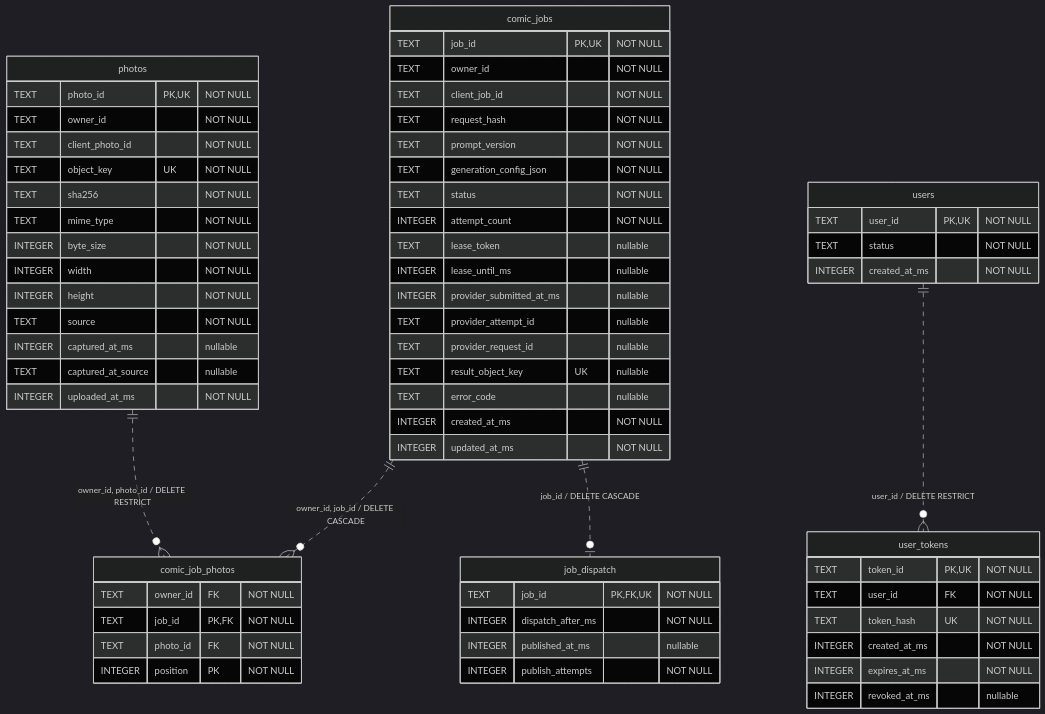
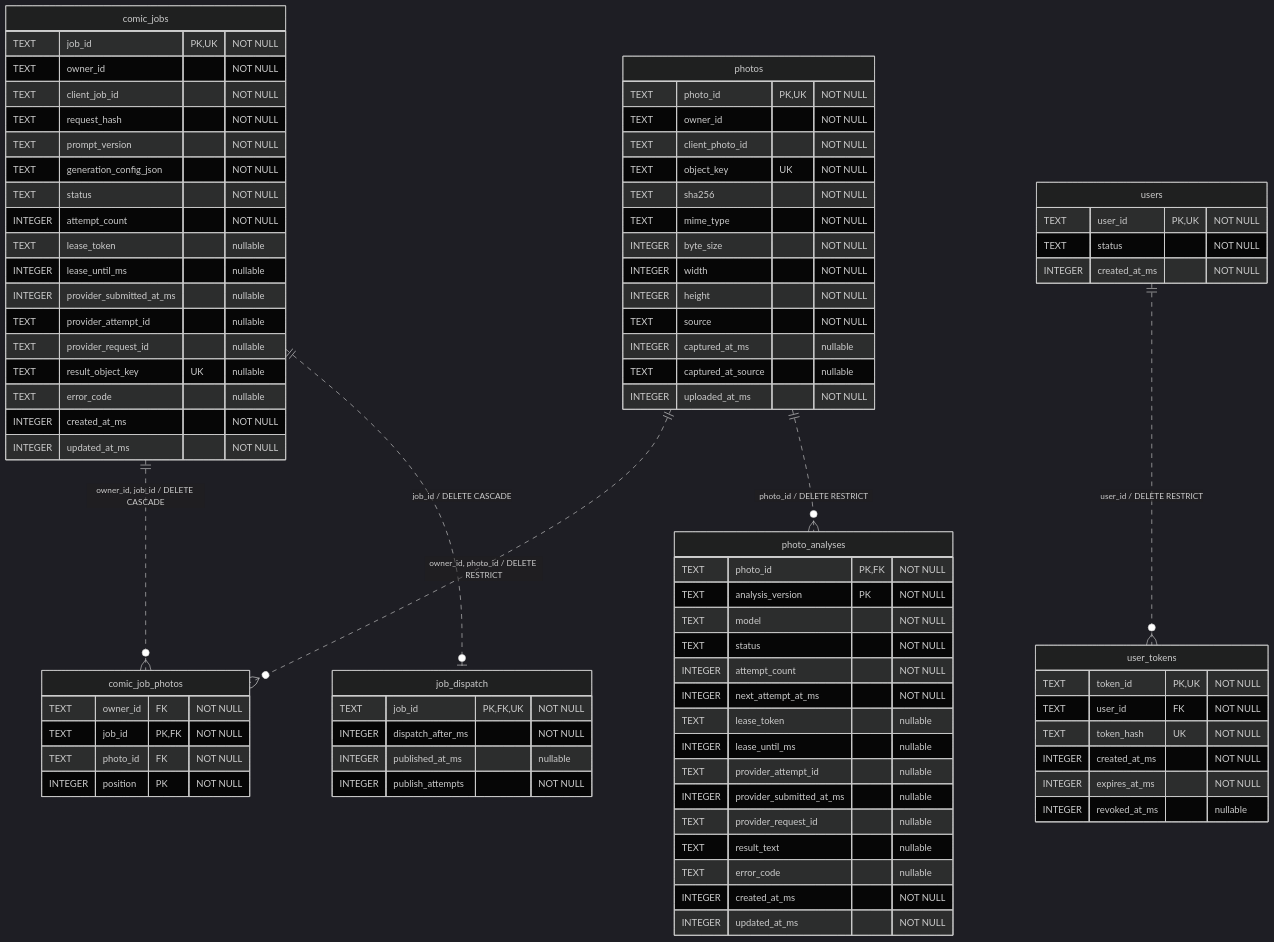
One commit to HaomingJu/LookMe-Worker changed the diagram in skills/deploy_cloudflare/references/schema.mmd. Above: the diagram before and after it, drawn with Mermaid (dark theme). The commit also changed 28 other files, not shown here.

```diff
--- a/skills/deploy_cloudflare/references/schema.mmd
+++ b/skills/deploy_cloudflare/references/schema.mmd
@@ -1,64 +1,82 @@
 erDiagram
     comic_job_photos {
         TEXT owner_id FK "NOT NULL"
         TEXT job_id PK,FK "NOT NULL"
         TEXT photo_id FK "NOT NULL"
         INTEGER position PK "NOT NULL"
     }
     comic_jobs {
         TEXT job_id PK,UK "NOT NULL"
         TEXT owner_id "NOT NULL"
         TEXT client_job_id "NOT NULL"
         TEXT request_hash "NOT NULL"
         TEXT prompt_version "NOT NULL"
         TEXT generation_config_json "NOT NULL"
         TEXT status "NOT NULL"
         INTEGER attempt_count "NOT NULL"
         TEXT lease_token "nullable"
         INTEGER lease_until_ms "nullable"
         INTEGER provider_submitted_at_ms "nullable"
         TEXT provider_attempt_id "nullable"
         TEXT provider_request_id "nullable"
         TEXT result_object_key UK "nullable"
         TEXT error_code "nullable"
         INTEGER created_at_ms "NOT NULL"
         INTEGER updated_at_ms "NOT NULL"
     }
     job_dispatch {
         TEXT job_id PK,FK,UK "NOT NULL"
         INTEGER dispatch_after_ms "NOT NULL"
         INTEGER published_at_ms "nullable"
         INTEGER publish_attempts "NOT NULL"
     }
+    photo_analyses {
+        TEXT photo_id PK,FK "NOT NULL"
+        TEXT analysis_version PK "NOT NULL"
+        TEXT model "NOT NULL"
+        TEXT status "NOT NULL"
+        INTEGER attempt_count "NOT NULL"
+        INTEGER next_attempt_at_ms "NOT NULL"
+        TEXT lease_token "nullable"
+        INTEGER lease_until_ms "nullable"
+        TEXT provider_attempt_id "nullable"
+        INTEGER provider_submitted_at_ms "nullable"
+        TEXT provider_request_id "nullable"
+        TEXT result_text "nullable"
+        TEXT error_code "nullable"
+        INTEGER created_at_ms "NOT NULL"
+        INTEGER updated_at_ms "NOT NULL"
+    }
     photos {
         TEXT photo_id PK,UK "NOT NULL"
         TEXT owner_id "NOT NULL"
         TEXT client_photo_id "NOT NULL"
         TEXT object_key UK "NOT NULL"
         TEXT sha256 "NOT NULL"
         TEXT mime_type "NOT NULL"
         INTEGER byte_size "NOT NULL"
         INTEGER width "NOT NULL"
         INTEGER height "NOT NULL"
         TEXT source "NOT NULL"
         INTEGER captured_at_ms "nullable"
         TEXT captured_at_source "nullable"
         INTEGER uploaded_at_ms "NOT NULL"
     }
     user_tokens {
         TEXT token_id PK,UK "NOT NULL"
         TEXT user_id FK "NOT NULL"
         TEXT token_hash UK "NOT NULL"
         INTEGER created_at_ms "NOT NULL"
         INTEGER expires_at_ms "NOT NULL"
         INTEGER revoked_at_ms "nullable"
     }
     users {
         TEXT user_id PK,UK "NOT NULL"
         TEXT status "NOT NULL"
         INTEGER created_at_ms "NOT NULL"
     }
     photos ||..o{ comic_job_photos : "owner_id, photo_id / DELETE RESTRICT"
     comic_jobs ||..o{ comic_job_photos : "owner_id, job_id / DELETE CASCADE"
     comic_jobs ||..o| job_dispatch : "job_id / DELETE CASCADE"
+    photos ||..o{ photo_analyses : "photo_id / DELETE RESTRICT"
     users ||..o{ user_tokens : "user_id / DELETE RESTRICT"
```
